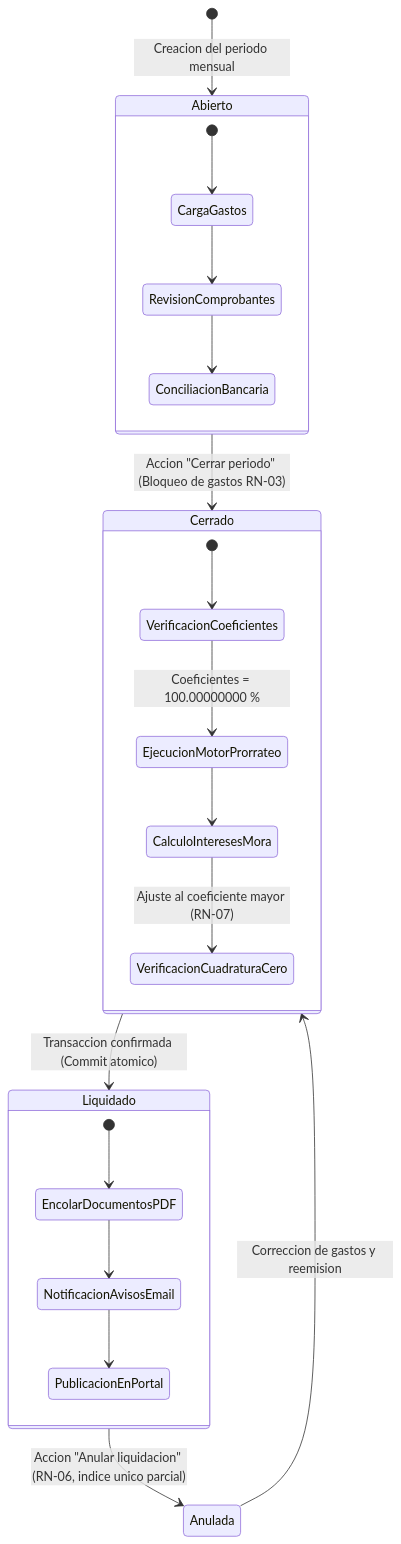
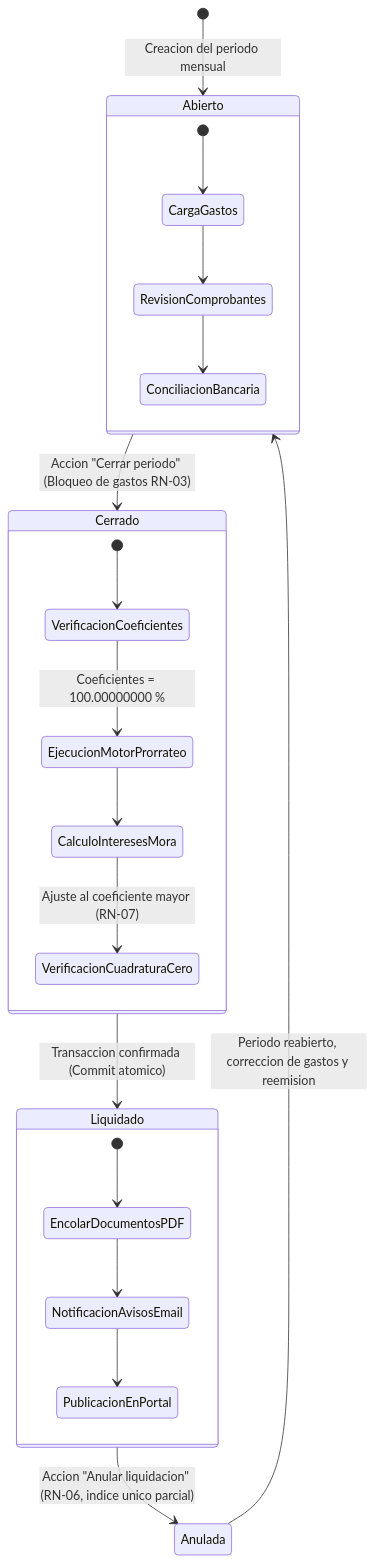
Before and after one commit to Marchee72/flay-proyecto-final: the third of 7 diagrams in docs/entrega-final/16-manual-usuario.md, drawn with Mermaid. The commit also changed other lines of this file and 4 other files, not shown here.

````diff
--- a/docs/entrega-final/16-manual-usuario.md
+++ b/docs/entrega-final/16-manual-usuario.md
@@ -251,30 +251,30 @@
 ```mermaid
 stateDiagram-v2
     [*] --> Abierto: Creacion del periodo mensual
     
     state Abierto {
         [*] --> CargaGastos
         CargaGastos --> RevisionComprobantes
         RevisionComprobantes --> ConciliacionBancaria
     }
     
     Abierto --> Cerrado: Accion "Cerrar periodo" (Bloqueo de gastos RN-03)
     
     state Cerrado {
         [*] --> VerificacionCoeficientes
         VerificacionCoeficientes --> EjecucionMotorProrrateo: Coeficientes = 100.00000000 %
         EjecucionMotorProrrateo --> CalculoInteresesMora
         CalculoInteresesMora --> VerificacionCuadraturaCero: Ajuste al coeficiente mayor (RN-07)
     }
     
     Cerrado --> Liquidado: Transaccion confirmada (Commit atomico)
     
     state Liquidado {
         [*] --> EncolarDocumentosPDF
         EncolarDocumentosPDF --> NotificacionAvisosEmail
         NotificacionAvisosEmail --> PublicacionEnPortal
     }
     
     Liquidado --> Anulada: Accion "Anular liquidacion" (RN-06, indice unico parcial)
-    Anulada --> Cerrado: Correccion de gastos y reemision
+    Anulada --> Abierto: Periodo reabierto, correccion de gastos y reemision
 ```
````
